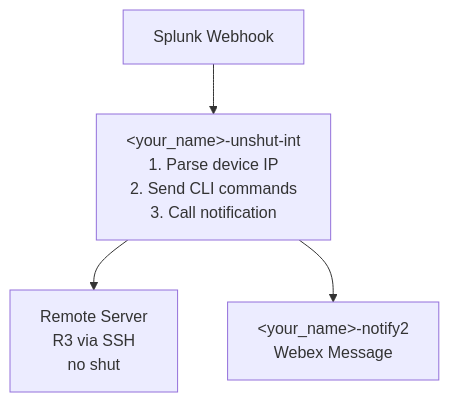
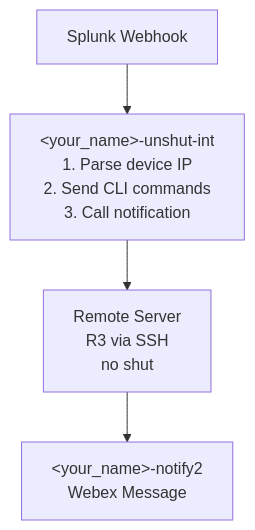
Before and after one commit to ciscomanagedservices/ciscolive26_cw_ai_agents: the third of 3 diagrams in lab-guide/docs/lab2.md, drawn with Mermaid. The commit also changed other lines of this file and 8 other files, not shown here.

````diff
--- a/lab-guide/docs/lab2.md
+++ b/lab-guide/docs/lab2.md
@@ -376,6 +358,6 @@
 ```mermaid
 flowchart TB
     A[Splunk Webhook] --> B["&lt;your_name&gt;-unshut-int<br/>1. Parse device IP<br/>2. Send CLI commands<br/>3. Call notification"]
     B --> C[Remote Server<br/>R3 via SSH<br/>no shut]
-    B --> D["&lt;your_name&gt;-notify2<br/>Webex Message"]
+    C --> D["&lt;your_name&gt;-notify2<br/>Webex Message"]
 ```
````
